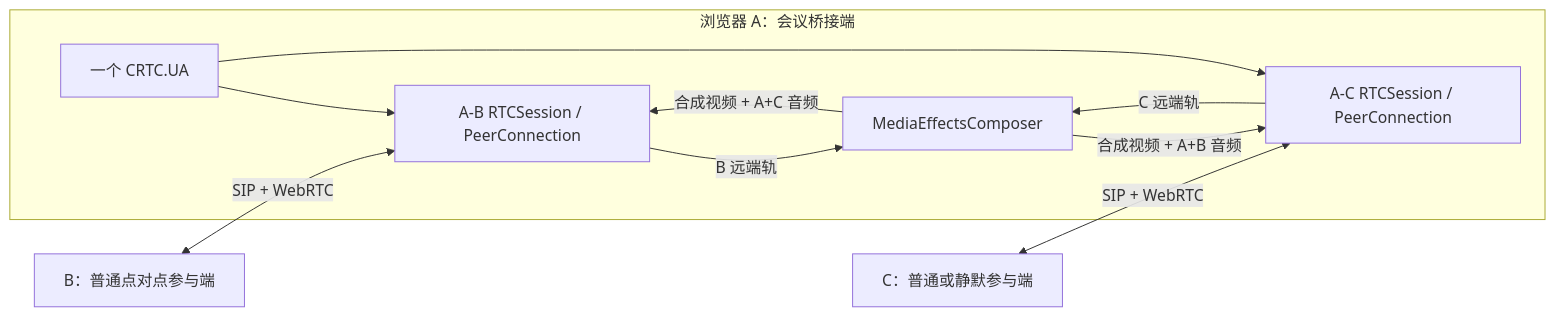
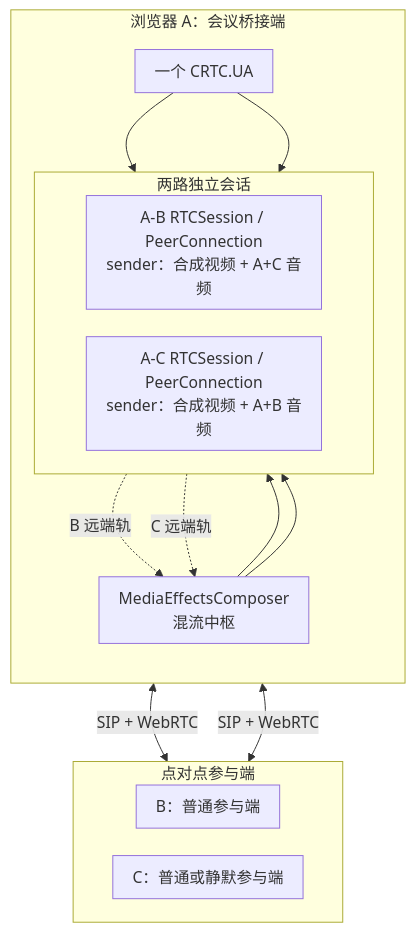
Before and after one commit to lei40251/JsSIP: the first of 17 diagrams in docs/app-conference-guide.md, drawn with Mermaid. The commit also changed other lines of this file and 1 other file, not shown here.

````diff
--- a/docs/app-conference-guide.md
+++ b/docs/app-conference-guide.md
@@ -28,17 +28,34 @@
 ```mermaid
-flowchart LR
+%%{init: {"flowchart": {"curve": "basis", "nodeSpacing": 28, "rankSpacing": 56, "padding": 10}}}%%
+flowchart TB
   subgraph A["浏览器 A：会议桥接端"]
+    direction TB
     UA["一个 CRTC.UA"]
-    AB["A-B RTCSession / PeerConnection"]
-    AC["A-C RTCSession / PeerConnection"]
-    MEC["MediaEffectsComposer"]
+
+    subgraph SESSIONS["两路独立会话"]
+      direction LR
+      AB["A-B RTCSession / PeerConnection<br/>sender：合成视频 + A+C 音频"]
+      AC["A-C RTCSession / PeerConnection<br/>sender：合成视频 + A+B 音频"]
+    end
+
+    MEC["MediaEffectsComposer<br/>混流中枢"]
+
     UA --> AB
     UA --> AC
-    AB -->|"B 远端轨"| MEC
-    AC -->|"C 远端轨"| MEC
-    MEC -->|"合成视频 + A+C 音频"| AB
-    MEC -->|"合成视频 + A+B 音频"| AC
+
+    AB -.->|"B 远端轨"| MEC
+    AC -.->|"C 远端轨"| MEC
+
+    MEC --> AB
+    MEC --> AC
   end
-  B["B：普通点对点参与端"] <-->|"SIP + WebRTC"| AB
-  C["C：普通或静默参与端"] <-->|"SIP + WebRTC"| AC
+
+  subgraph MEMBERS["点对点参与端"]
+    direction LR
+    B["B：普通参与端"]
+    C["C：普通或静默参与端"]
+  end
+
+  AB <-->|"SIP + WebRTC"| B
+  AC <-->|"SIP + WebRTC"| C
 ```
````
